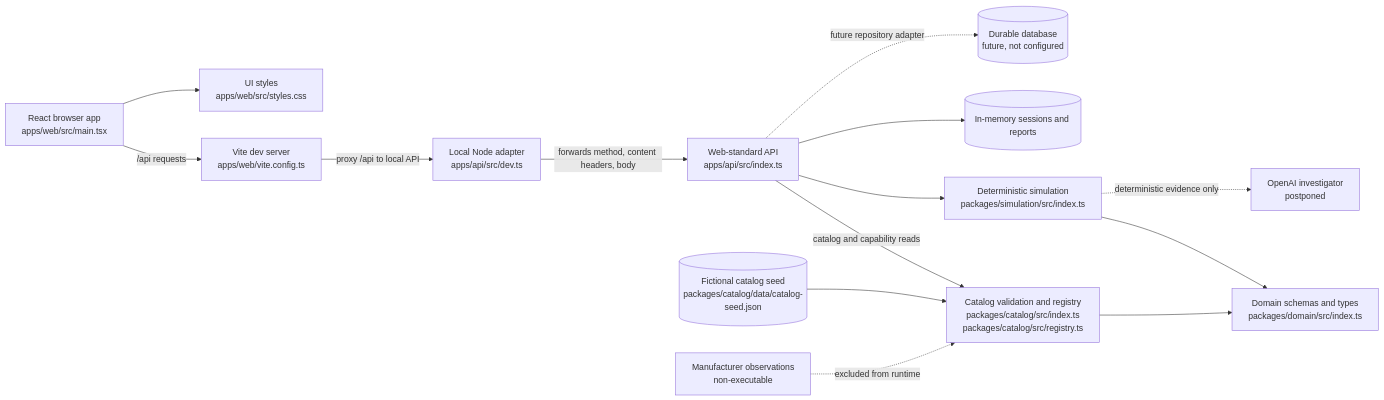
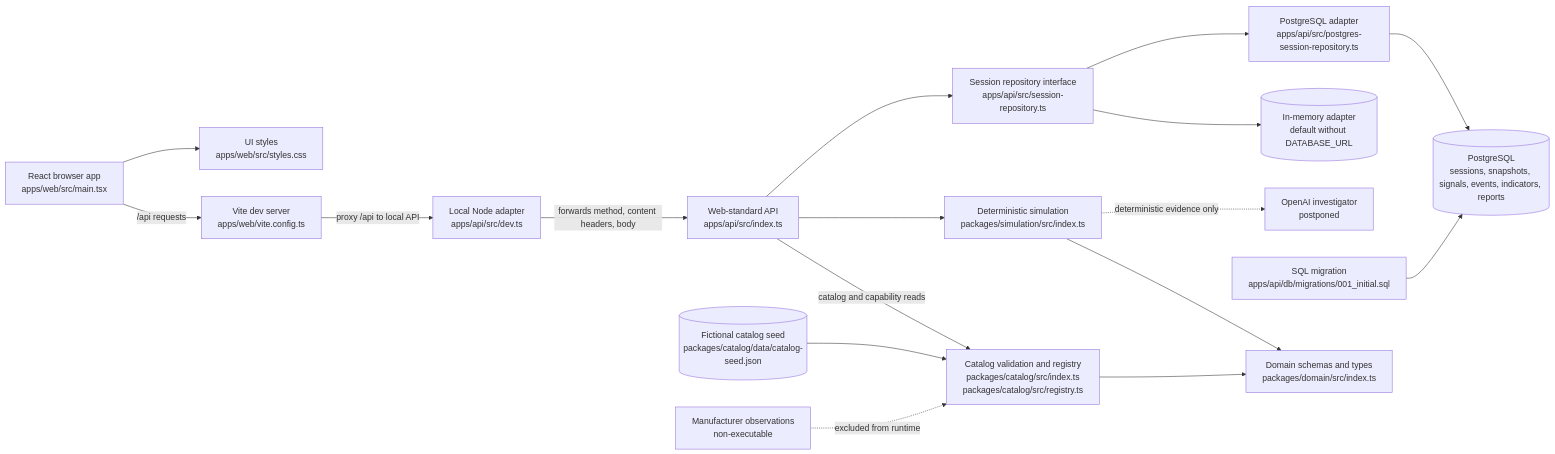
Before and after one commit to HJXCODE-810/AutoMate-AI-native-automotive-intelligence: the first of 3 diagrams in docs/LOW_LEVEL_DESIGN.md, drawn with Mermaid. The commit also changed other lines of this file and 20 other files, not shown here.

Commit message:
Add PostgreSQL persistence for simulation sessions

````diff
--- a/docs/LOW_LEVEL_DESIGN.md
+++ b/docs/LOW_LEVEL_DESIGN.md
@@ -7,30 +7,36 @@
 ```mermaid
 flowchart LR
   Browser[React browser app\napps/web/src/main.tsx]
   Styles[UI styles\napps/web/src/styles.css]
   Vite[Vite dev server\napps/web/vite.config.ts]
   ApiHandler[Web-standard API\napps/api/src/index.ts]
   NodeAdapter[Local Node adapter\napps/api/src/dev.ts]
   Seed[(Fictional catalog seed\npackages/catalog/data/catalog-seed.json)]
   Domain[Domain schemas and types\npackages/domain/src/index.ts]
   Catalog[Catalog validation and registry\npackages/catalog/src/index.ts\npackages/catalog/src/registry.ts]
   Sim[Deterministic simulation\npackages/simulation/src/index.ts]
-  SessionMap[(In-memory sessions and reports)]
+  Repository[Session repository interface\napps/api/src/session-repository.ts]
+  Memory[(In-memory adapter\ndefault without DATABASE_URL)]
+  PostgresRepo[PostgreSQL adapter\napps/api/src/postgres-session-repository.ts]
+  Postgres[(PostgreSQL\nsessions, snapshots, signals, events, indicators, reports)]
+  Migration[SQL migration\napps/api/db/migrations/001_initial.sql]
   Research[Manufacturer observations\nnon-executable]
-  Durable[(Durable database\nfuture, not configured)]
   AI[OpenAI investigator\npostponed]
 
   Browser -->|/api requests| Vite
   Vite -->|proxy /api to local API| NodeAdapter
   NodeAdapter -->|forwards method, content headers, body| ApiHandler
   ApiHandler -->|catalog and capability reads| Catalog
   Seed --> Catalog
   Catalog --> Domain
   Sim --> Domain
   ApiHandler --> Sim
-  ApiHandler --> SessionMap
+  ApiHandler --> Repository
+  Repository --> Memory
+  Repository --> PostgresRepo
+  PostgresRepo --> Postgres
+  Migration --> Postgres
   Browser --> Styles
   Research -. excluded from runtime .-> Catalog
-  ApiHandler -. future repository adapter .-> Durable
   Sim -. deterministic evidence only .-> AI
 ```
````
